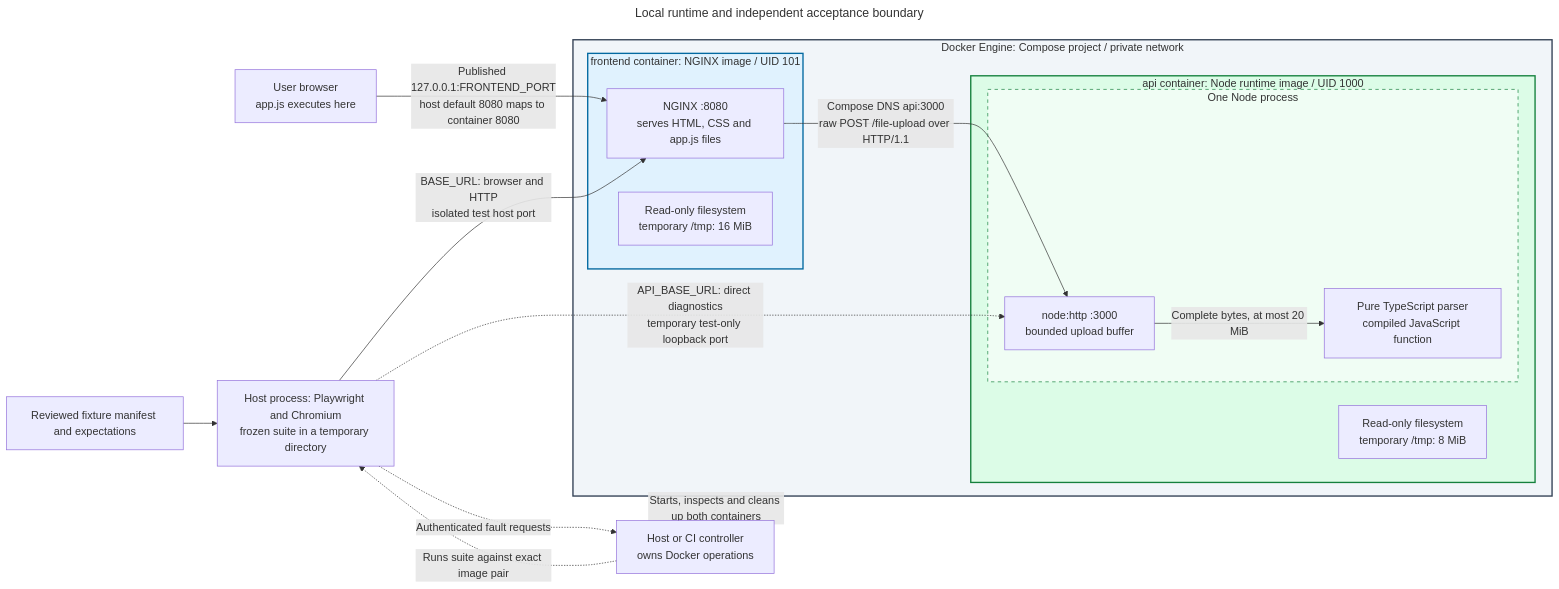
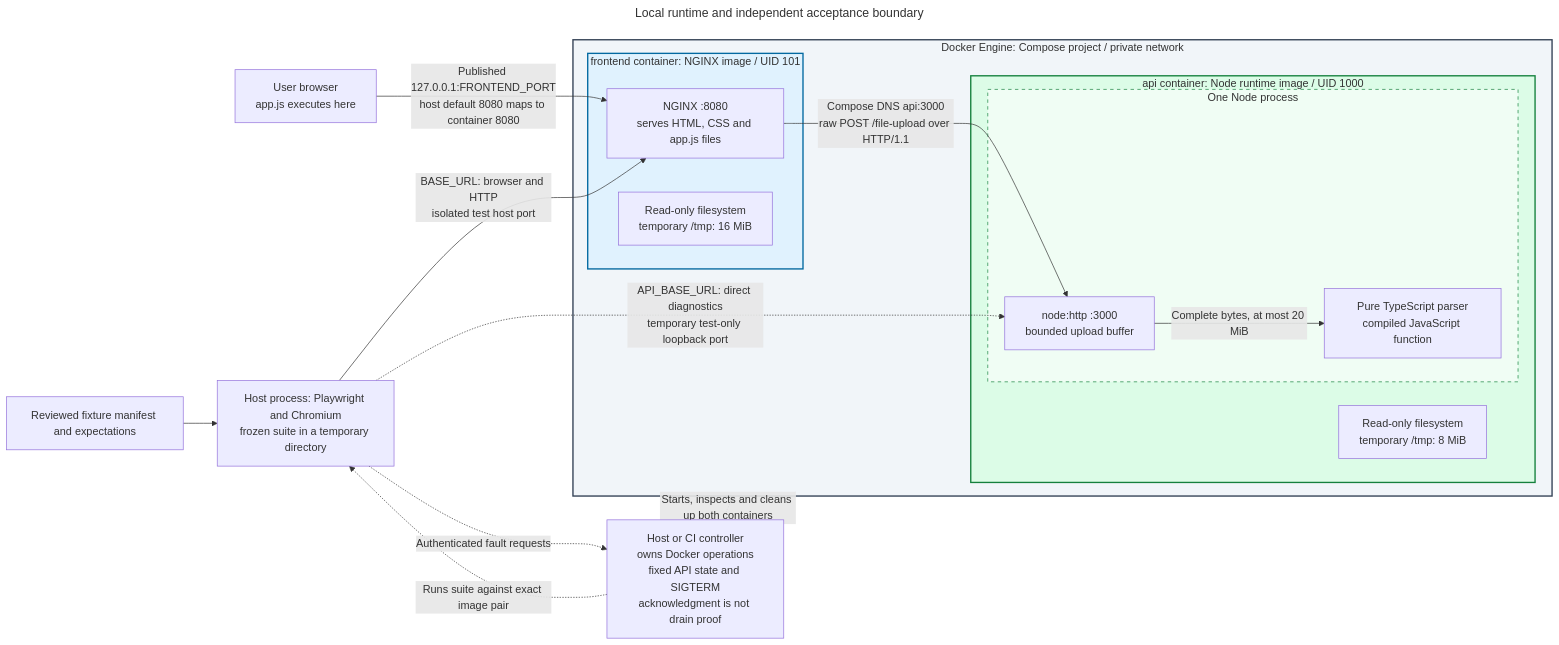
Before and after one commit to brobro10000/mp3-frame-counter: the diagram in docs/architecture/diagrams/runtime.mmd, drawn with Mermaid. The commit also changed 10 other files, not shown here.

```diff
--- a/docs/architecture/diagrams/runtime.mmd
+++ b/docs/architecture/diagrams/runtime.mmd
@@ -1,52 +1,54 @@
 ---
 title: Local runtime and independent acceptance boundary
 query: >-
   Show Docker wrapping exactly two independently built application images as
   Compose containers. Nest NGINX and its static assets inside the frontend
   container, and the HTTP handler plus parser inside one Node process in the API
   container. Put both containers inside Docker's Compose network. Keep browser
   JavaScript, the host controller and extracted Playwright/Chromium runner
   outside Docker. Distinguish published loopback host port from internal
   frontend port 8080 and private API port 3000, with a separate test-only
   loopback binding for direct API diagnostics. Show source-defined runtime
   users, read-only filesystems, temporary mounts and bounded in-process parsing.
   Do not imply a third parser/test container, Node frontend runtime or cloud
-  deployment.
+  deployment. Keep fixed API lifecycle readback and SIGTERM inside the host
+  controller; command acknowledgment does not prove graceful drain.
 references:
   - 'File: /compose.yaml'
   - 'File: /frontend/Dockerfile'
   - 'File: /frontend/nginx.conf.template'
   - 'File: /server/Dockerfile'
   - 'File: /server/src/http.ts'
   - 'File: /server/src/mp3.ts'
   - 'File: /scripts/run-e2e.mjs'
-generationTime: '2026-10-10T07:58:36.429Z'
+  - 'File: /scripts/e2e-controller.mjs'
+generationTime: '2026-10-10T10:13:57.088Z'
 ---
 flowchart LR
     B["User browser<br/>app.js executes here"]
     subgraph DOCKER["Docker Engine: Compose project / private network"]
         subgraph FRONT["frontend container: NGINX image / UID 101"]
             F["NGINX :8080<br/>serves HTML, CSS and app.js files"]
             FS["Read-only filesystem<br/>temporary /tmp: 16 MiB"]
         end
         subgraph BACK["api container: Node runtime image / UID 1000"]
             subgraph NODE["One Node process"]
                 A["node:http :3000<br/>bounded upload buffer"]
                 P["Pure TypeScript parser<br/>compiled JavaScript function"]
                 A -->|"Complete bytes, at most 20 MiB"| P
             end
             AS["Read-only filesystem<br/>temporary /tmp: 8 MiB"]
         end
         F -->|"Compose DNS api:3000<br/>raw POST /file-upload over HTTP/1.1"| A
     end
     B -->|"Published 127.0.0.1:FRONTEND_PORT<br/>host default 8080 maps to container 8080"| F
     T["Host process: Playwright and Chromium<br/>frozen suite in a temporary directory"] -->|"BASE_URL: browser and HTTP<br/>isolated test host port"| F
     T -.->|"API_BASE_URL: direct diagnostics<br/>temporary test-only loopback port"| A
     O["Reviewed fixture manifest and expectations"] --> T
-    C["Host or CI controller<br/>owns Docker operations"] -.->|"Starts, inspects and cleans up both containers"| DOCKER
+    C["Host or CI controller<br/>owns Docker operations<br/>fixed API state and SIGTERM<br/>acknowledgment is not drain proof"] -.->|"Starts, inspects and cleans up both containers"| DOCKER
     C -.->|"Runs suite against exact image pair"| T
     T -.->|"Authenticated fault requests"| C
     style DOCKER fill:#f1f5f9,stroke:#334155,stroke-width:2px
     style FRONT fill:#e0f2fe,stroke:#0369a1,stroke-width:2px
     style BACK fill:#dcfce7,stroke:#15803d,stroke-width:2px
     style NODE fill:#f0fdf4,stroke:#15803d,stroke-dasharray:5 5
```
